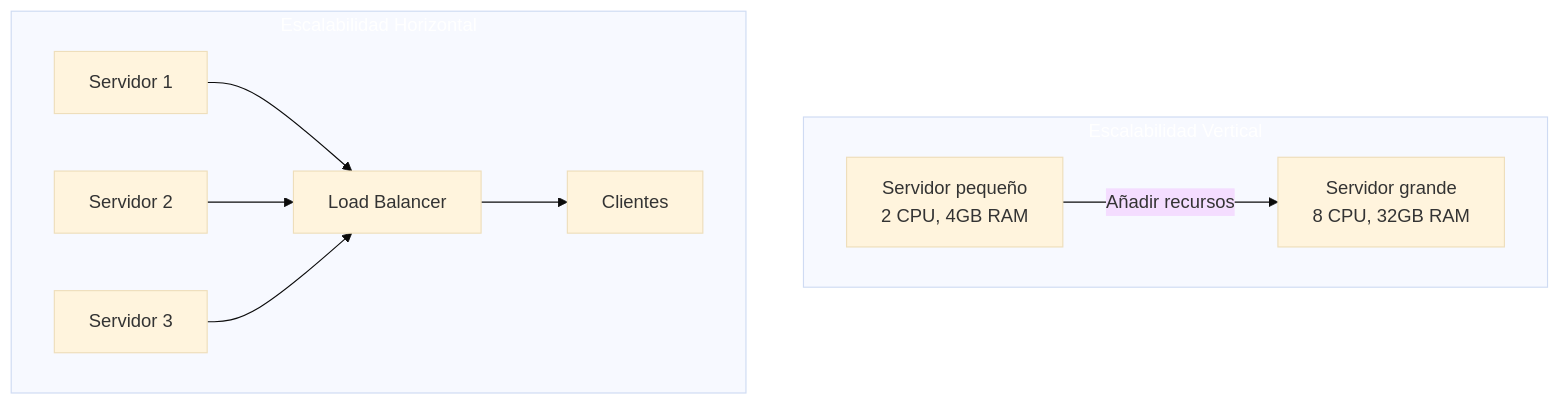
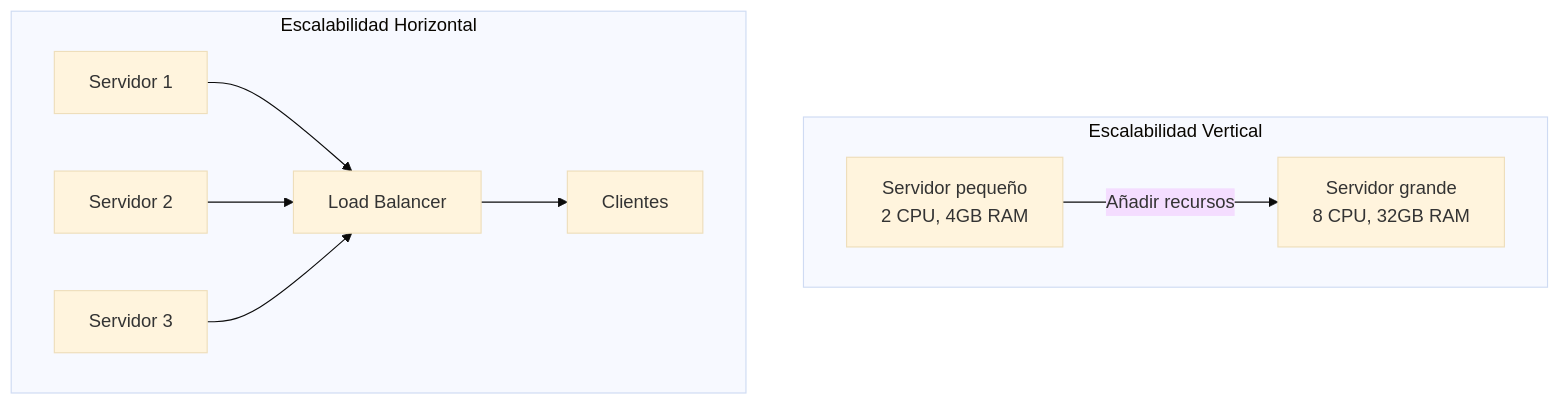
One commit to joseluisgs/DesarrolloWebEntornosServidor-01-2026-2027 changed diagram 12 of 14 in 21-sql-nosql.md. Above: the diagram before and after it, drawn with Mermaid (base theme). The commit also changed other lines of this file and 15 other files, not shown here.

Commit message:
docs: quitar el relleno a los subgraf de los diagramas y corregir comillas y rayas sueltas

````diff
--- a/21-sql-nosql.md
+++ b/21-sql-nosql.md
@@ -1407,16 +1396,14 @@
 ```mermaid
 graph TB
     subgraph VERTICAL["Escalabilidad Vertical"]
         V1["Servidor pequeño<br/>2 CPU, 4GB RAM"] -->|"Añadir recursos"| V2["Servidor grande<br/>8 CPU, 32GB RAM"]
     end
 
     subgraph HORIZONTAL["Escalabilidad Horizontal"]
         H1["Servidor 1"] --> LB["Load Balancer"]
         H2["Servidor 2"] --> LB
         H3["Servidor 3"] --> LB
         LB --> C["Clientes"]
     end
 
-    style VERTICAL fill:#FF980,color:#fff0,color:#fff
-    style HORIZONTAL fill:#4CAF5,color:#fff0,color:#fff
 ```
````
